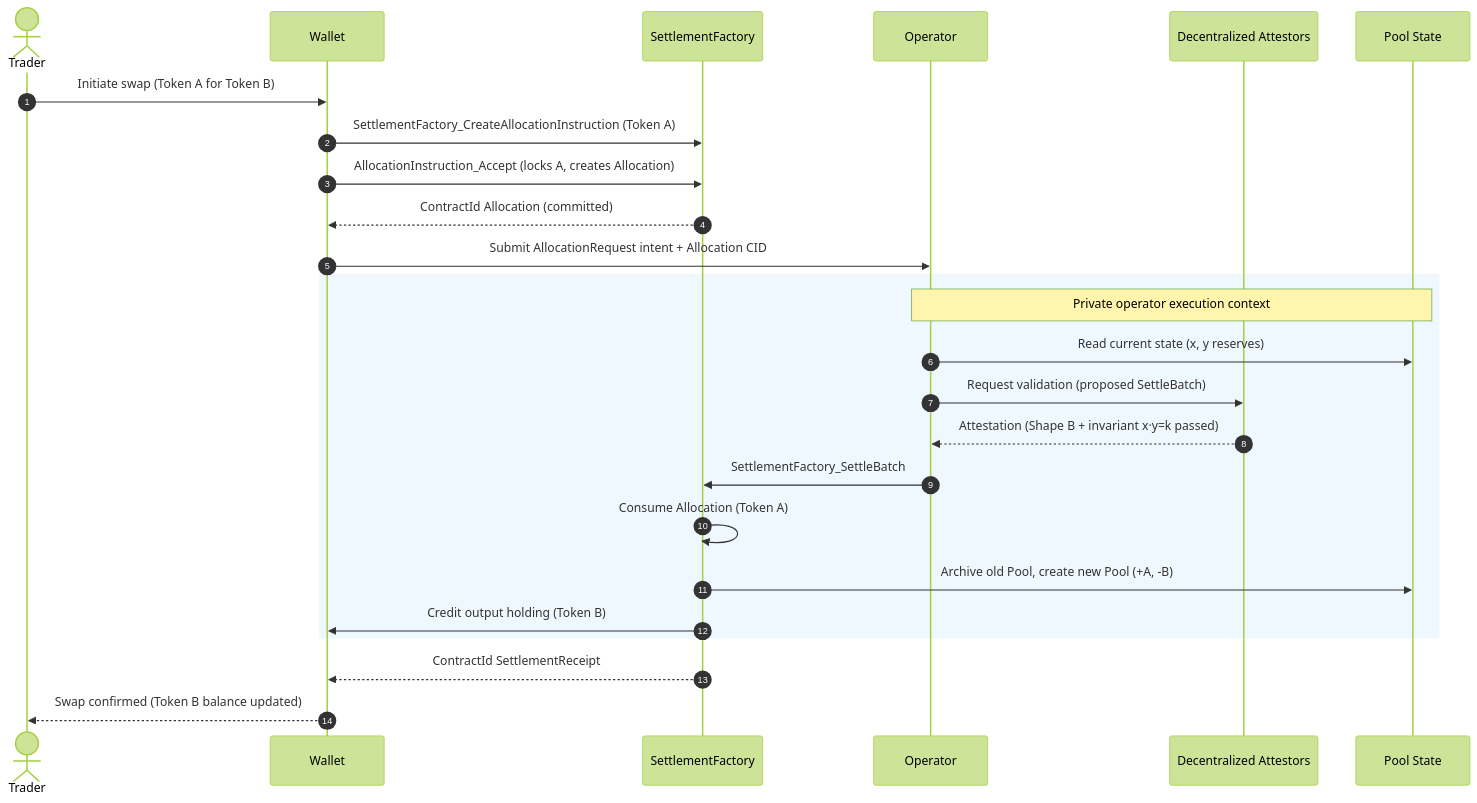
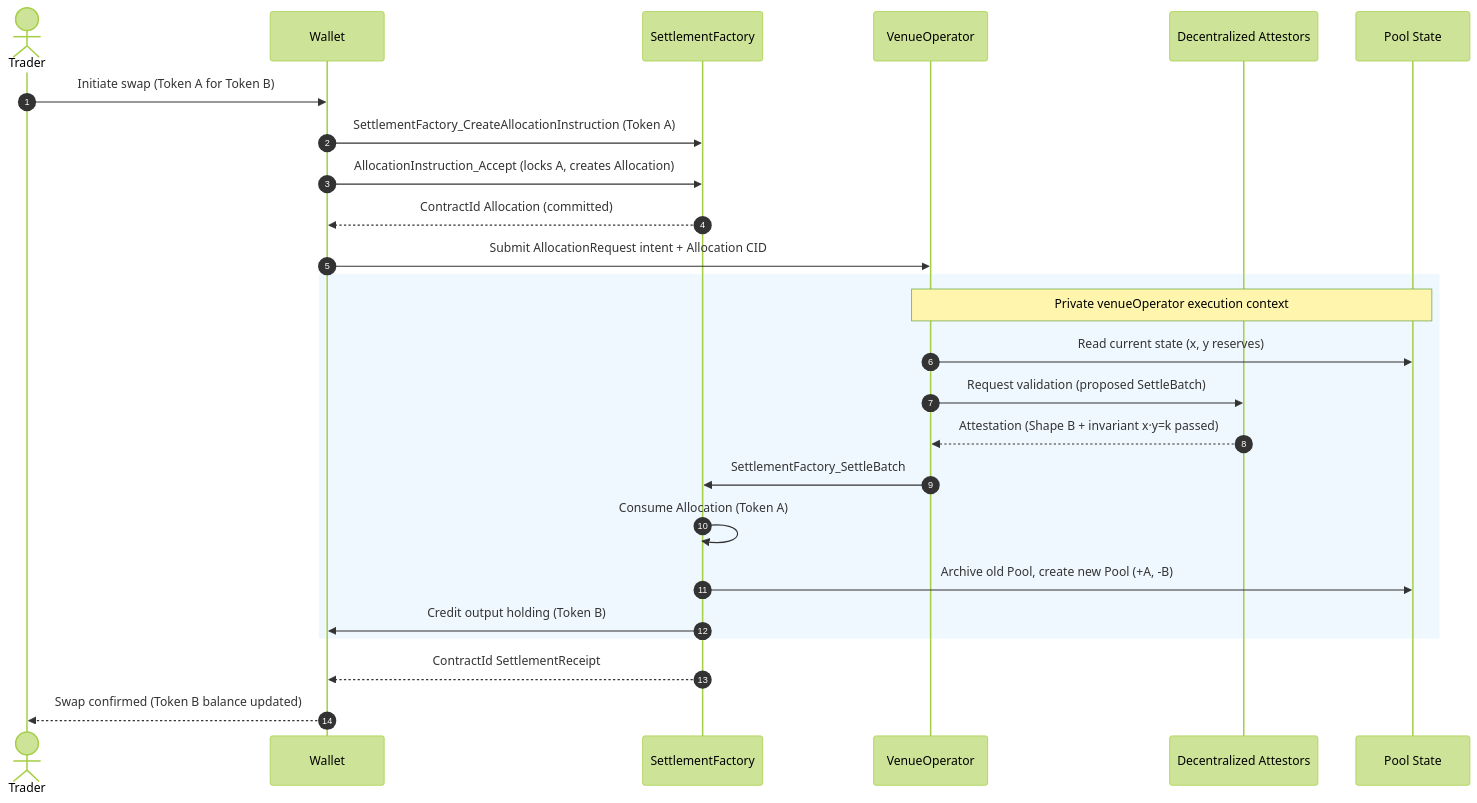
The second of 2 diagrams in docs/ri-reports/01-dex.md (OpenZeppelin/canton-specs), drawn with Mermaid (forest theme) before and after one commit. The commit also changed other lines of this file, not shown here.

Commit message:
Check every occurrence of admin/operator and replace where appropriate. Rename CANTON_ADMIN and CANTON_OPERATOR.

````diff
--- a/docs/ri-reports/01-dex.md
+++ b/docs/ri-reports/01-dex.md
@@ -871,30 +838,30 @@
 ```mermaid
 sequenceDiagram
     autonumber
     actor Trader
     participant Wallet
     participant SettleFactory as SettlementFactory
-    participant Operator
+    participant VenueOperator
     participant Attestors as Decentralized Attestors
     participant PoolContract as Pool State
 
     Trader->>Wallet: Initiate swap (Token A for Token B)
     Wallet->>SettleFactory: SettlementFactory_CreateAllocationInstruction (Token A)
     Wallet->>SettleFactory: AllocationInstruction_Accept (locks A, creates Allocation)
     SettleFactory-->>Wallet: ContractId Allocation (committed)
-    Wallet->>Operator: Submit AllocationRequest intent + Allocation CID
+    Wallet->>VenueOperator: Submit AllocationRequest intent + Allocation CID
 
     rect rgb(240, 248, 255)
-    Note over Operator, PoolContract: Private operator execution context
-    Operator->>PoolContract: Read current state (x, y reserves)
-    Operator->>Attestors: Request validation (proposed SettleBatch)
-    Attestors-->>Operator: Attestation (Shape B + invariant x·y=k passed)
-    Operator->>SettleFactory: SettlementFactory_SettleBatch
+    Note over VenueOperator, PoolContract: Private venueOperator execution context
+    VenueOperator->>PoolContract: Read current state (x, y reserves)
+    VenueOperator->>Attestors: Request validation (proposed SettleBatch)
+    Attestors-->>VenueOperator: Attestation (Shape B + invariant x·y=k passed)
+    VenueOperator->>SettleFactory: SettlementFactory_SettleBatch
     SettleFactory->>SettleFactory: Consume Allocation (Token A)
     SettleFactory->>PoolContract: Archive old Pool, create new Pool (+A, -B)
     SettleFactory->>Wallet: Credit output holding (Token B)
     end
 
     SettleFactory-->>Wallet: ContractId SettlementReceipt
     Wallet-->>Trader: Swap confirmed (Token B balance updated)
 ```
````
